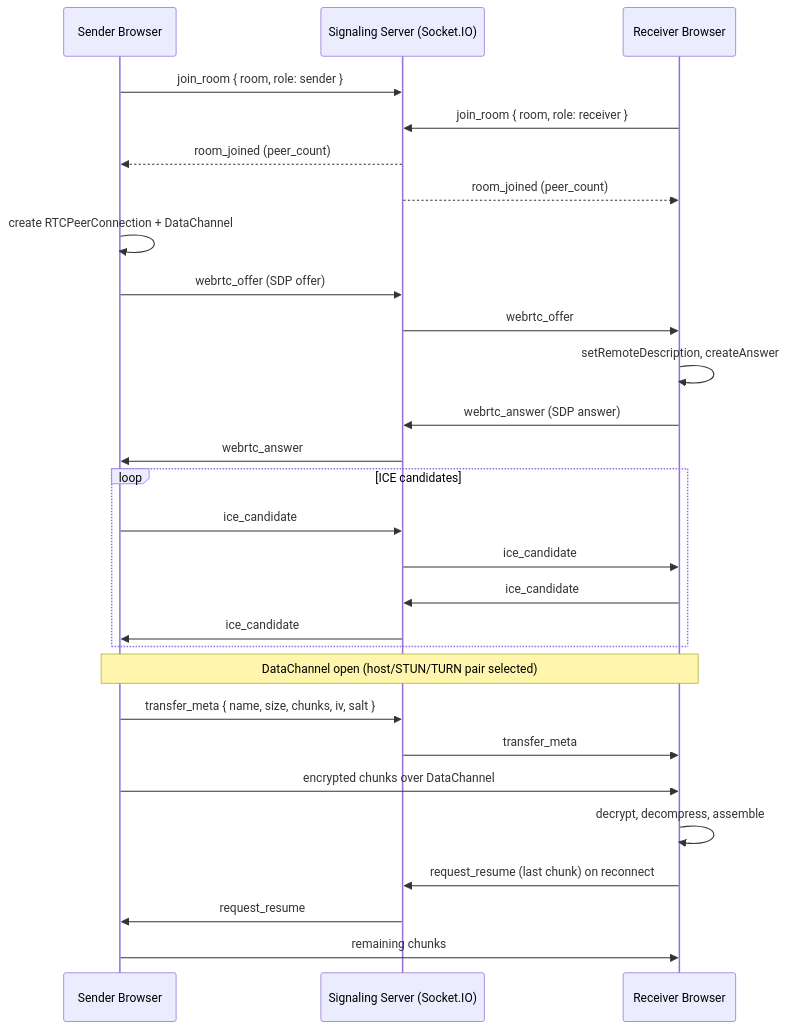
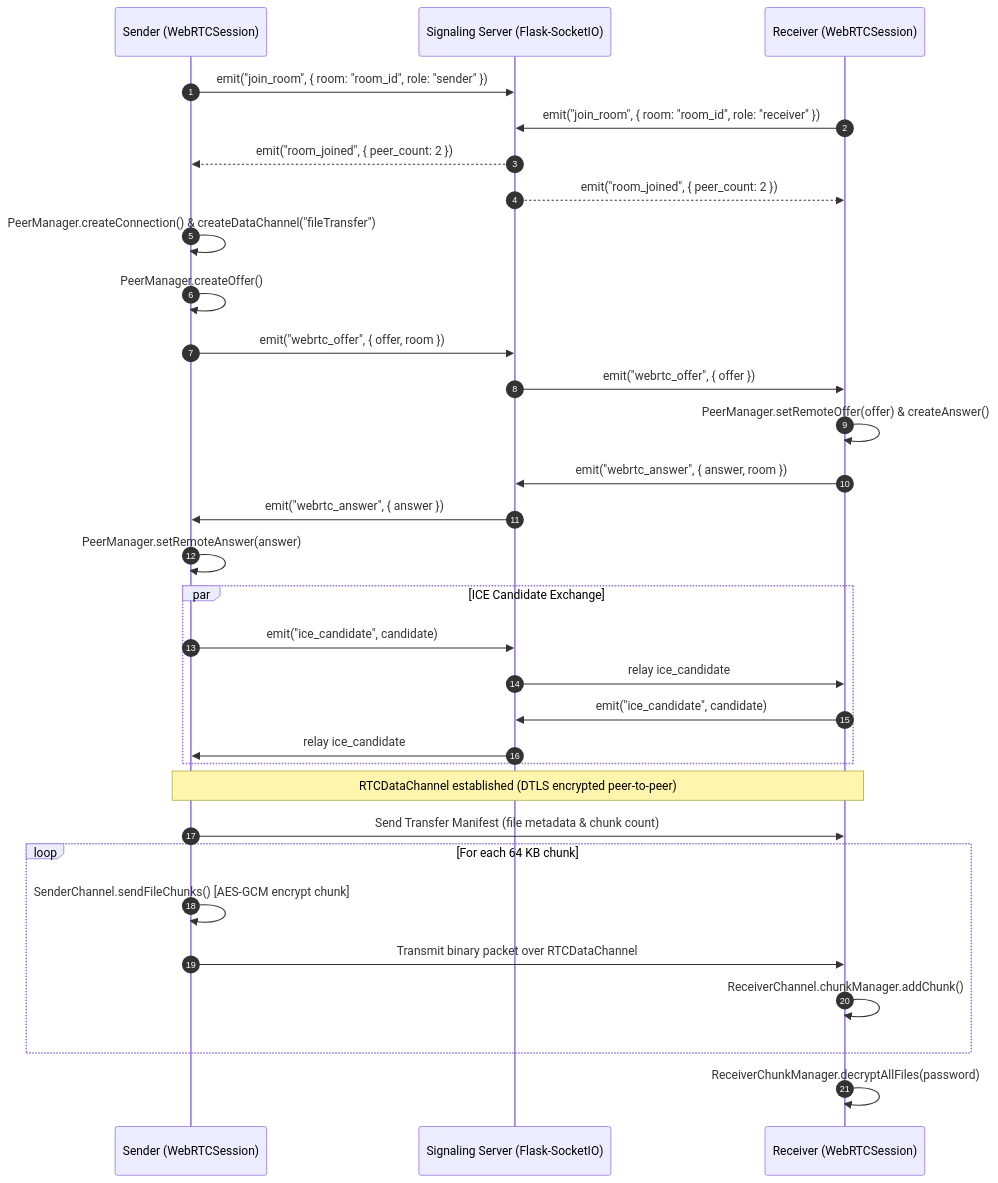
Before and after one commit to sujalkathait93-lab/filesender: the sixth of 8 diagrams in README.md, drawn with Mermaid. The commit also changed other lines of this file and 51 other files, not shown here.

Commit message:
feat(v2.2.0): add universal 30s preview, 2GB multi-file bundling, mobile responsiveness & modular LLD architecture

````diff
--- a/README.md
+++ b/README.md
@@ -267,34 +490,37 @@
 ```mermaid
 sequenceDiagram
-    participant S as Sender Browser
-    participant SIG as Signaling Server (Socket.IO)
-    participant R as Receiver Browser
+    autonumber
+    participant S as Sender (WebRTCSession)
+    participant SIG as Signaling Server (Flask-SocketIO)
+    participant R as Receiver (WebRTCSession)
 
-    S->>SIG: join_room { room, role: sender }
-    R->>SIG: join_room { room, role: receiver }
-    SIG-->>S: room_joined (peer_count)
-    SIG-->>R: room_joined (peer_count)
+    S->>SIG: emit("join_room", { room: "room_id", role: "sender" })
+    R->>SIG: emit("join_room", { room: "room_id", role: "receiver" })
+    SIG-->>S: emit("room_joined", { peer_count: 2 })
+    SIG-->>R: emit("room_joined", { peer_count: 2 })
 
-    S->>S: create RTCPeerConnection + DataChannel
-    S->>SIG: webrtc_offer (SDP offer)
-    SIG->>R: webrtc_offer
-    R->>R: setRemoteDescription, createAnswer
-    R->>SIG: webrtc_answer (SDP answer)
-    SIG->>S: webrtc_answer
+    S->>S: PeerManager.createConnection() & createDataChannel("fileTransfer")
+    S->>S: PeerManager.createOffer()
+    S->>SIG: emit("webrtc_offer", { offer, room })
+    SIG->>R: emit("webrtc_offer", { offer })
+    R->>R: PeerManager.setRemoteOffer(offer) & createAnswer()
+    R->>SIG: emit("webrtc_answer", { answer, room })
+    SIG->>S: emit("webrtc_answer", { answer })
+    S->>S: PeerManager.setRemoteAnswer(answer)
 
-    loop ICE candidates
-        S->>SIG: ice_candidate
-        SIG->>R: ice_candidate
-        R->>SIG: ice_candidate
-        SIG->>S: ice_candidate
+    par ICE Candidate Exchange
+        S->>SIG: emit("ice_candidate", candidate)
+        SIG->>R: relay ice_candidate
+        R->>SIG: emit("ice_candidate", candidate)
+        SIG->>S: relay ice_candidate
     end
 
-    Note over S,R: DataChannel open (host/STUN/TURN pair selected)
-    S->>SIG: transfer_meta { name, size, chunks, iv, salt }
-    SIG->>R: transfer_meta
-    S->>R: encrypted chunks over DataChannel
-    R->>R: decrypt, decompress, assemble
-    R->>SIG: request_resume (last chunk) on reconnect
-    SIG->>S: request_resume
-    S->>R: remaining chunks
+    Note over S,R: RTCDataChannel established (DTLS encrypted peer-to-peer)
+    S->>R: Send Transfer Manifest (file metadata & chunk count)
+    loop For each 64 KB chunk
+        S->>S: SenderChannel.sendFileChunks() [AES-GCM encrypt chunk]
+        S->>R: Transmit binary packet over RTCDataChannel
+        R->>R: ReceiverChannel.chunkManager.addChunk()
+    end
+    R->>R: ReceiverChunkManager.decryptAllFiles(password)
 ```
````
